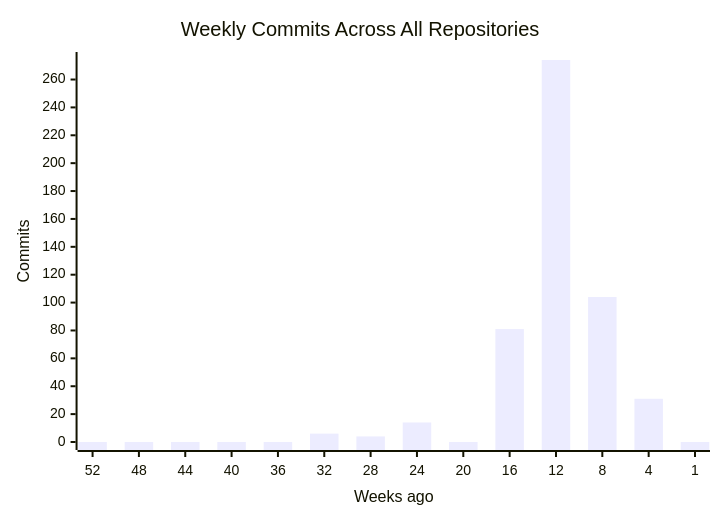
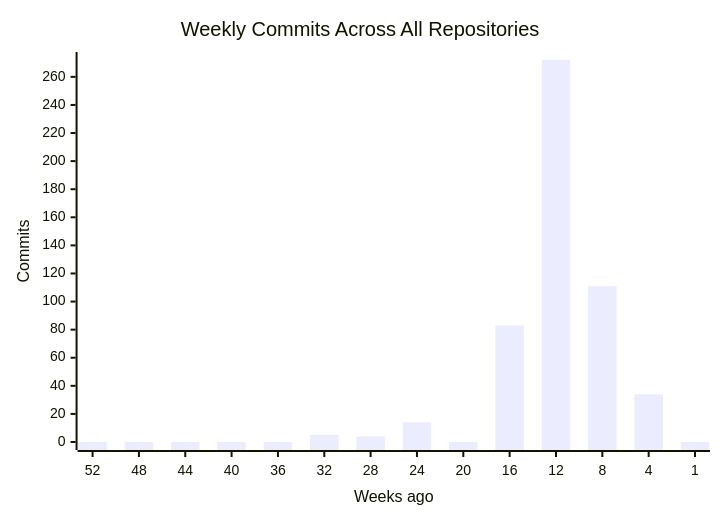
One commit to CSTH-Projects/.github changed the first of 4 diagrams in profile/README.md. Above: the diagram before and after it, drawn with Mermaid. The commit also changed other lines of this file, not shown here.

````diff
--- a/profile/README.md
+++ b/profile/README.md
@@ -16,7 +16,7 @@
 ```mermaid
 xychart-beta
     title "Weekly Commits Across All Repositories"
     x-axis "Weeks ago" [52, 48, 44, 40, 36, 32, 28, 24, 20, 16, 12, 8, 4, 1]
     y-axis "Commits"
-    bar [0, 0, 0, 0, 0, 6, 4, 14, 0, 81, 274, 104, 31, 0]
+    bar [0, 0, 0, 0, 0, 5, 4, 14, 0, 83, 272, 111, 34, 0]
 ```
````
